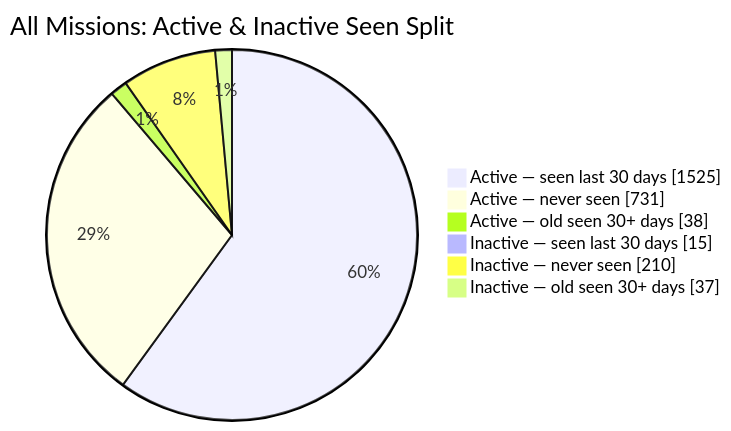
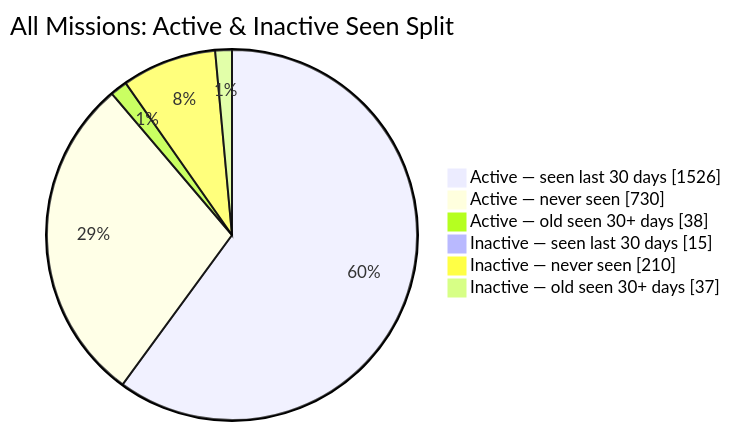
One commit to MeldkamerspelGameTeam/active-missions changed the second of 2 diagrams in README.md. Above: the diagram before and after it, drawn with Mermaid. The commit also changed other lines of this file and 2 other files, not shown here.

````diff
--- a/README.md
+++ b/README.md
@@ -44,10 +44,10 @@
 ```mermaid
 pie showData
     title All Missions: Active & Inactive Seen Split
-    "Active — seen last 30 days" : 1525
-    "Active — never seen" : 731
+    "Active — seen last 30 days" : 1526
+    "Active — never seen" : 730
     "Active — old seen 30+ days" : 38
     "Inactive — seen last 30 days" : 15
     "Inactive — never seen" : 210
     "Inactive — old seen 30+ days" : 37
 ```
````
